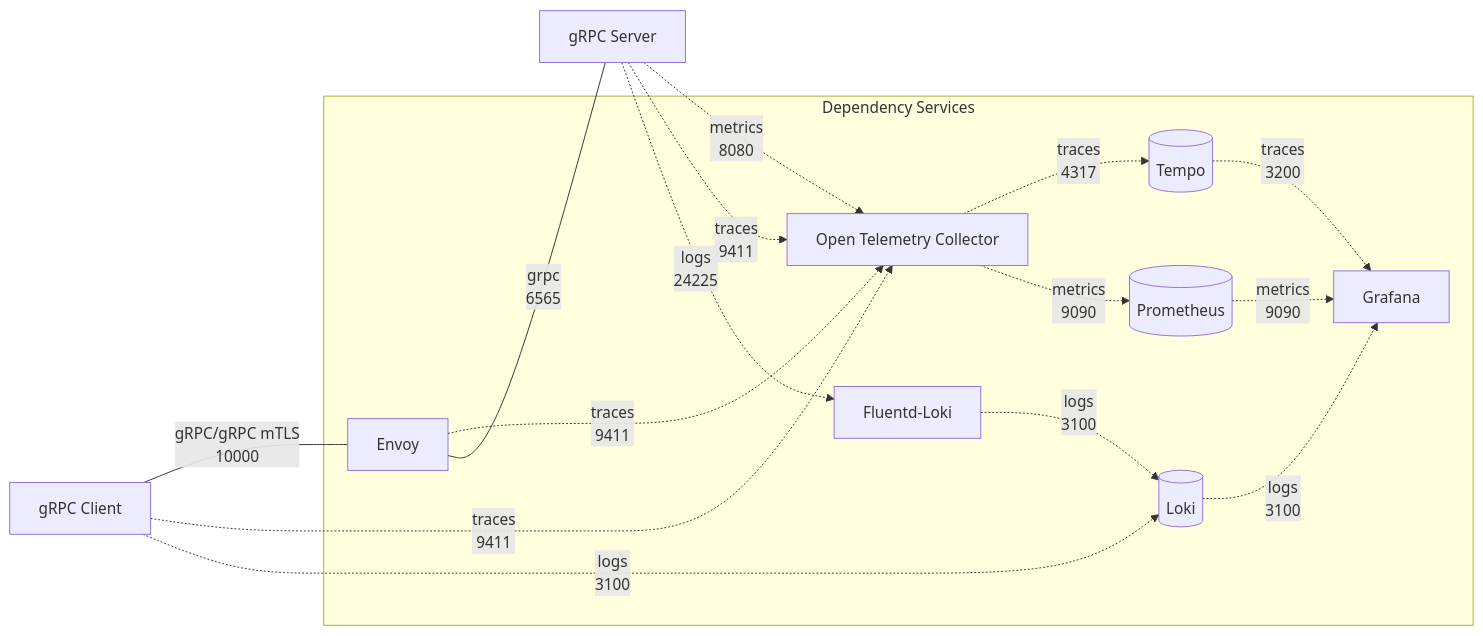
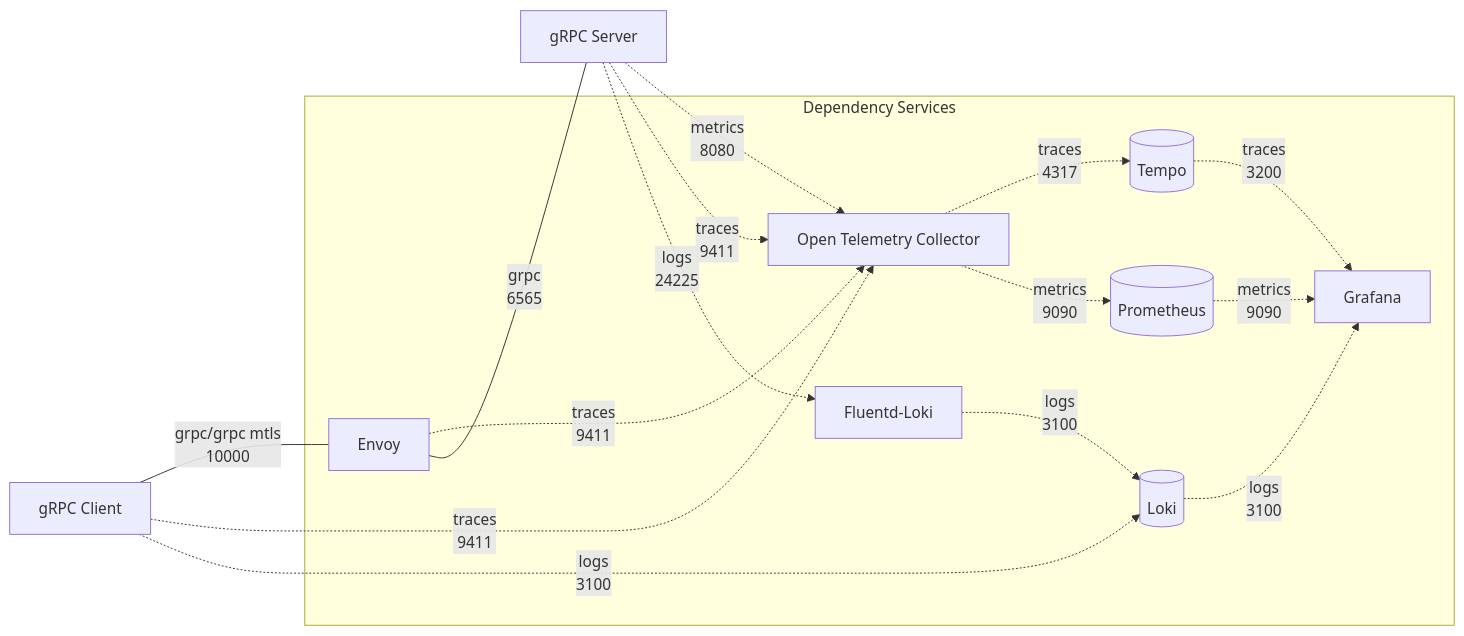
Before and after one commit to AccelByte/grpc-plugin-dependencies: the diagram in README.md, drawn with Mermaid.

Commit message:
docs: fix typo on arch diagram

````diff
--- a/README.md
+++ b/README.md
@@ -5,29 +5,29 @@
 ```mermaid
 flowchart LR
     CL[gRPC Client]
     SV[gRPC Server]
 	EN[Envoy]
 	OT[Open Telemetry Collector]
     TM[(Tempo)]
     LK[(Loki)]
     PM[(Prometheus)]
     GF[Grafana]	
     FL[Fluentd-Loki]
 	subgraph Dependency Services
 
         EN -.->|traces\n9411| OT
         OT -.->|traces\n4317| TM
         OT -.->|metrics\n9090| PM
         FL -.->|logs\n3100| LK
         TM -.->|traces\n3200| GF
         PM -.->|metrics\n9090| GF
         LK -.->|logs\n3100| GF
     end
-    CL ---|gRPC/gRPC mTLS\n10000| EN
+    CL ---|grpc/grpc mtls\n10000| EN
     CL -.->|traces\n9411| OT
     CL -.->|logs\n3100| LK
     EN ---|grpc\n6565| SV
     SV -.->|metrics\n8080| OT
     SV -.->|traces\n9411| OT
     SV -.->|logs\n24225| FL
 ```
````
